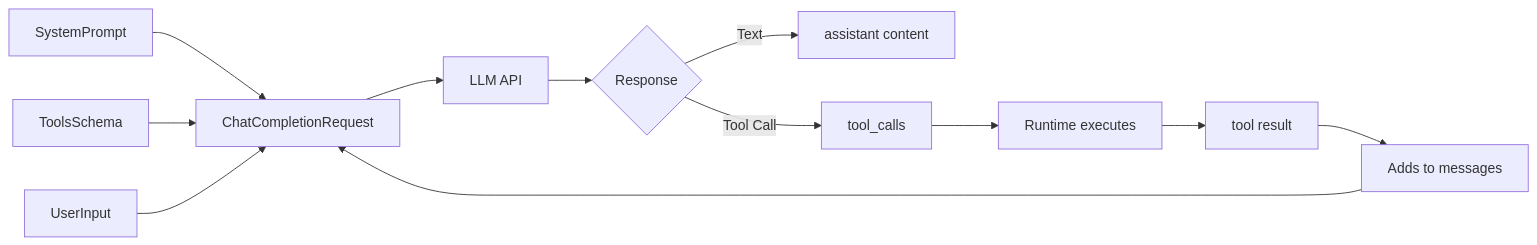
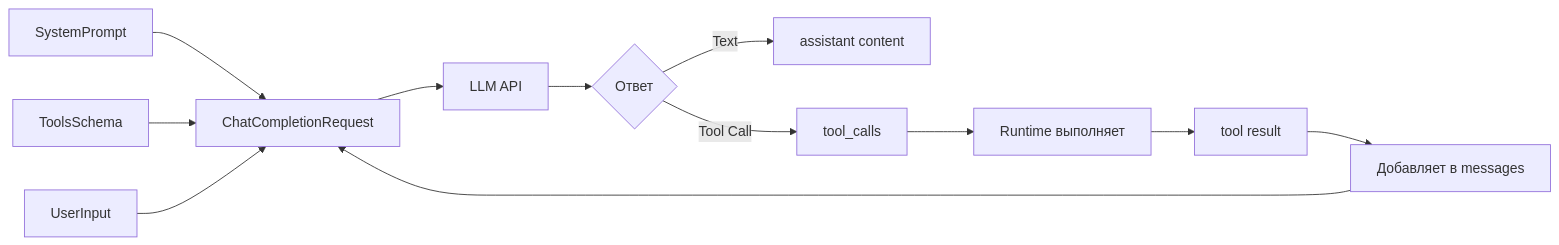
Before and after one commit to kshvakov/ai-agent-course: the diagram in book/02-prompt-engineering/README.md, drawn with Mermaid. The commit also changed other lines of this file and 84 other files, not shown here.

````diff
--- a/book/02-prompt-engineering/README.md
+++ b/book/02-prompt-engineering/README.md
@@ -320,14 +320,14 @@
 ```mermaid
 graph LR
     A[SystemPrompt] --> D[ChatCompletionRequest]
     B[ToolsSchema] --> D
     C[UserInput] --> D
     D --> E[LLM API]
-    E --> F{Response}
+    E --> F{Ответ}
     F -->|Text| G[assistant content]
     F -->|Tool Call| H[tool_calls]
-    H --> I[Runtime executes]
+    H --> I[Runtime выполняет]
     I --> J[tool result]
-    J --> K[Adds to messages]
+    J --> K[Добавляет в messages]
     K --> D
 ```
````
